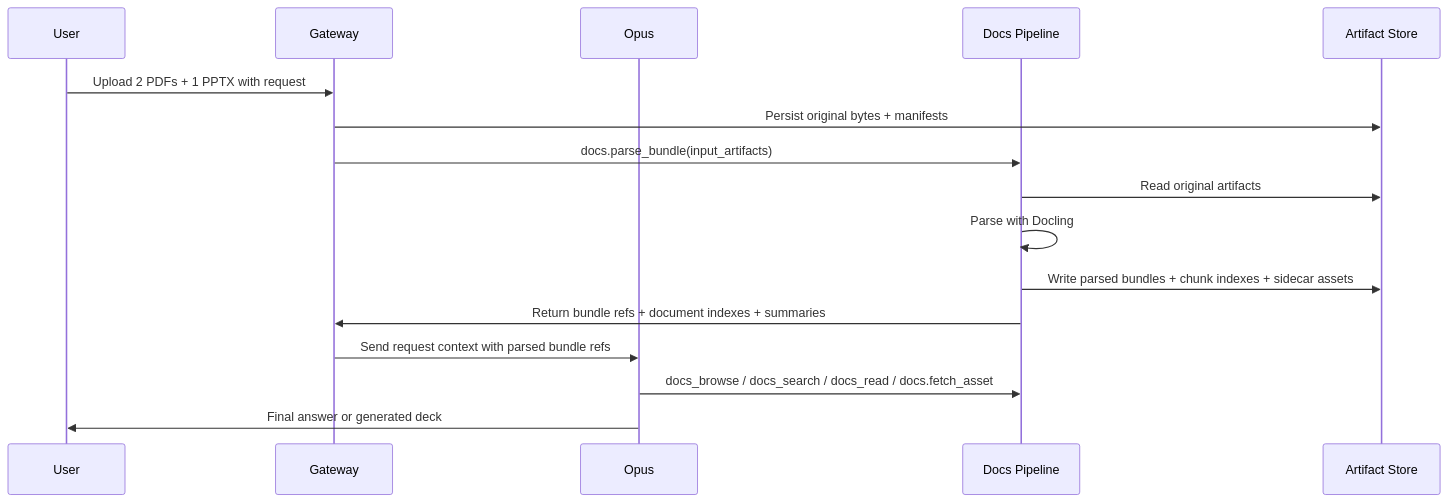
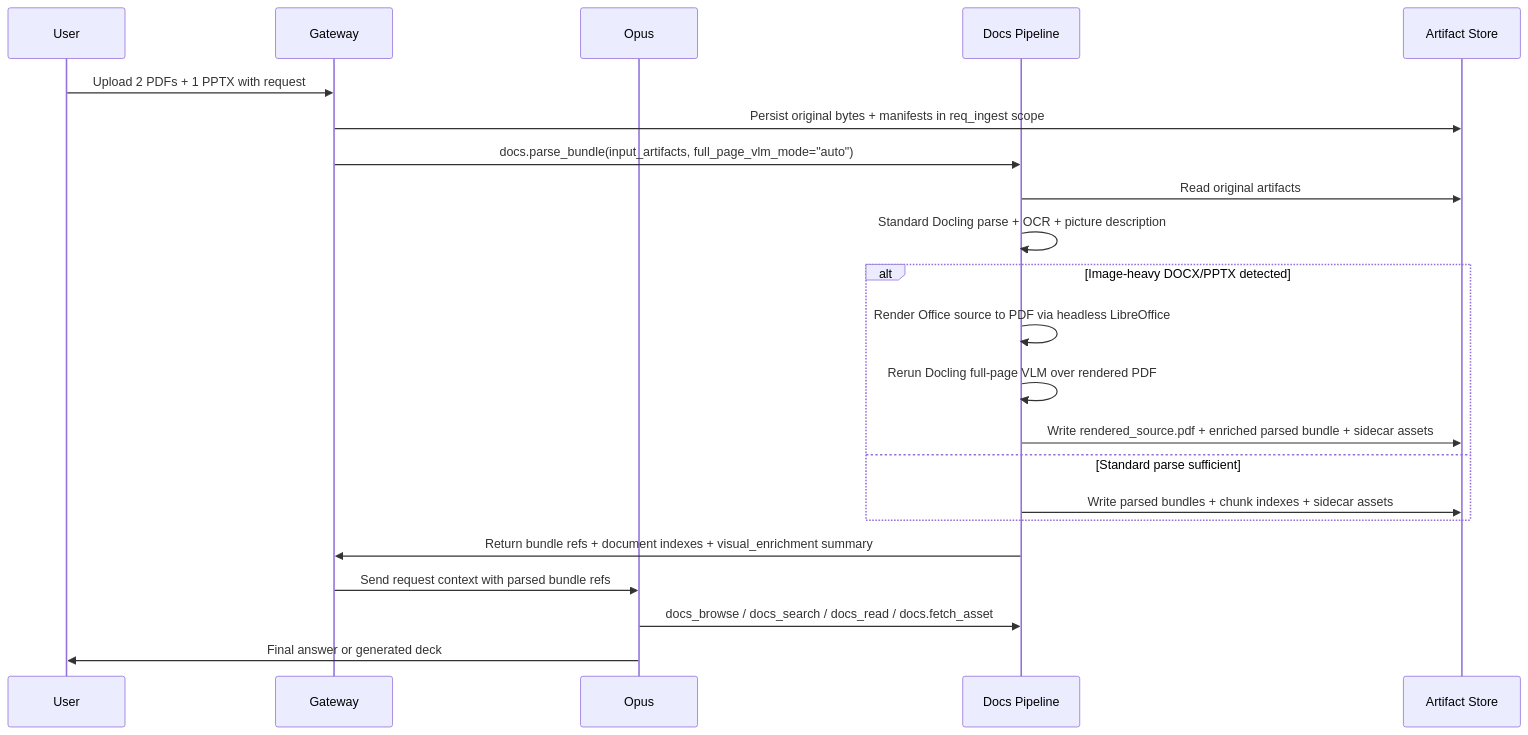
One commit to uspraveen/Cosmic-OS changed the second of 3 diagrams in Backend/COSMIC_MULTIMODAL_DOCUMENT_PIPELINE_PLAN.md. Above: the diagram before and after it, drawn with Mermaid. The commit also changed other lines of this file and 4 other files, not shown here.

````diff
--- a/Backend/COSMIC_MULTIMODAL_DOCUMENT_PIPELINE_PLAN.md
+++ b/Backend/COSMIC_MULTIMODAL_DOCUMENT_PIPELINE_PLAN.md
@@ -590,19 +592,25 @@
 ```mermaid
 sequenceDiagram
     participant U as User
     participant G as Gateway
     participant O as Opus
     participant D as Docs Pipeline
     participant A as Artifact Store
 
     U->>G: Upload 2 PDFs + 1 PPTX with request
-    G->>A: Persist original bytes + manifests
-    G->>D: docs.parse_bundle(input_artifacts)
+    G->>A: Persist original bytes + manifests in req_ingest scope
+    G->>D: docs.parse_bundle(input_artifacts, full_page_vlm_mode="auto")
     D->>A: Read original artifacts
-    D->>D: Parse with Docling
-    D->>A: Write parsed bundles + chunk indexes + sidecar assets
-    D->>G: Return bundle refs + document indexes + summaries
+    D->>D: Standard Docling parse + OCR + picture description
+    alt Image-heavy DOCX/PPTX detected
+        D->>D: Render Office source to PDF via headless LibreOffice
+        D->>D: Rerun Docling full-page VLM over rendered PDF
+        D->>A: Write rendered_source.pdf + enriched parsed bundle + sidecar assets
+    else Standard parse sufficient
+        D->>A: Write parsed bundles + chunk indexes + sidecar assets
+    end
+    D->>G: Return bundle refs + document indexes + visual_enrichment summary
     G->>O: Send request context with parsed bundle refs
     O->>D: docs_browse / docs_search / docs_read / docs.fetch_asset
     O->>U: Final answer or generated deck
 ```
````
